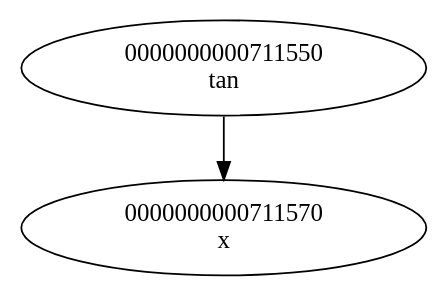
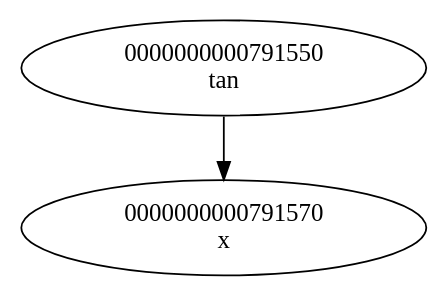
The diagram in database_files/read.dot (levasemin/Diff), drawn with Graphviz before and after one commit. The commit also changed 20 other files, not shown here.

```diff
--- a/database_files/read.dot
+++ b/database_files/read.dot
@@ -1,7 +1,7 @@
 digraph G{
-"0000000000711550
-tan"->"0000000000711570
+"0000000000791550
+tan"->"0000000000791570
 x";
-"0000000000711570
+"0000000000791570
 x";
 }
```
